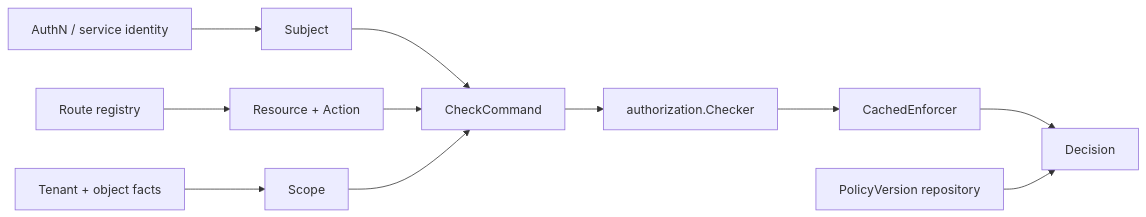
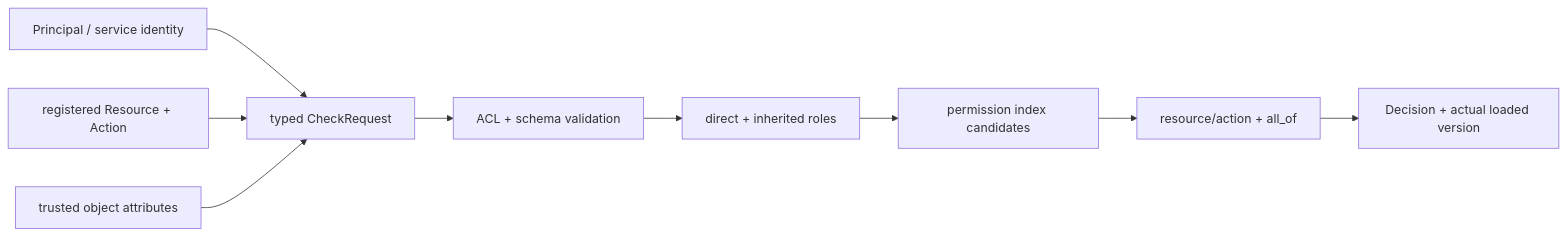
One commit to FangcunMount/iam changed the diagram in docs/02-业务模块/03-AuthZ/02-权限检查与Casbin运行时.md. Above: the diagram before and after it, drawn with Mermaid. The commit also changed other lines of this file and 32 other files, not shown here.

````diff
--- a/docs/02-业务模块/03-AuthZ/02-权限检查与Casbin运行时.md
+++ b/docs/02-业务模块/03-AuthZ/02-权限检查与Casbin运行时.md
@@ -7,13 +7,11 @@
 ```mermaid
 flowchart LR
-    Auth["AuthN / service identity"] --> Subject["Subject"]
-    Route["Route registry"] --> Resource["Resource + Action"]
-    Context["Tenant + object facts"] --> Scope["Scope"]
-    Subject --> Command["CheckCommand"]
-    Resource --> Command
-    Scope --> Command
-    Command --> Checker["authorization.Checker"]
-    Checker --> Casbin["CachedEnforcer"]
-    Casbin --> Decision["Decision"]
-    Version["PolicyVersion repository"] --> Decision
+    Identity["Principal / service identity"] --> Request["typed CheckRequest"]
+    Route["registered Resource + Action"] --> Request
+    Object["trusted object attributes"] --> Request
+    Request --> Validate["ACL + schema validation"]
+    Validate --> Roles["direct + inherited roles"]
+    Roles --> Grants["permission index candidates"]
+    Grants --> Evaluate["resource/action + all_of"]
+    Evaluate --> Decision["Decision + actual loaded version"]
 ```
````
